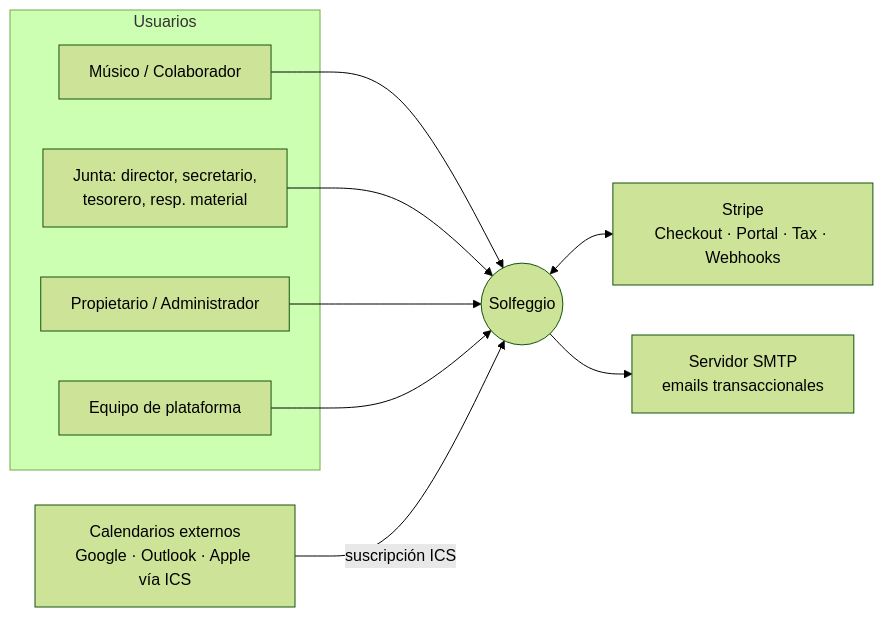
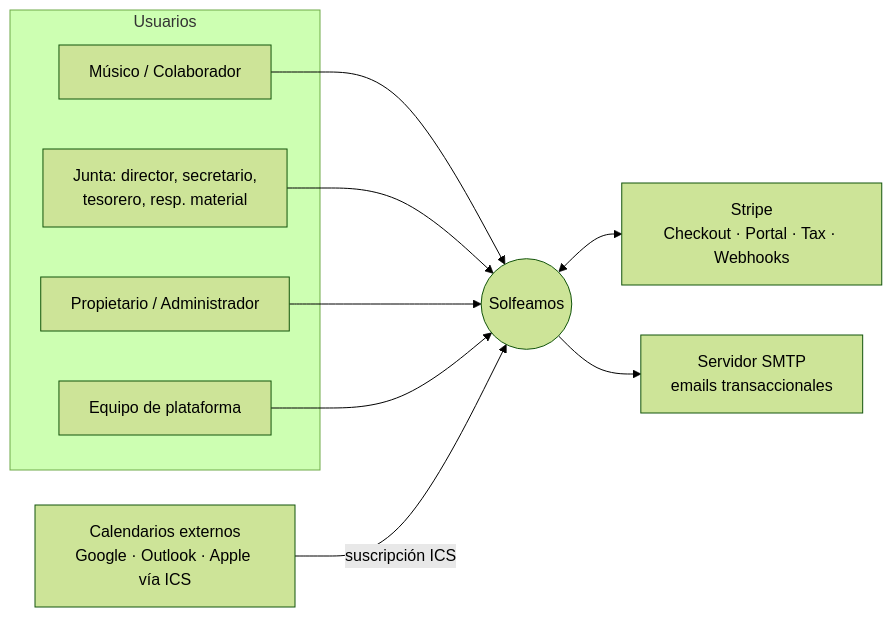
Before and after one commit to jl-sysmanager/solfeggio: the first of 4 diagrams in docs/architecture.md, drawn with Mermaid (forest theme). The commit also changed other lines of this file and 35 other files, not shown here.

Commit message:
Renombra la plataforma visible de Solfeggio a Solfeamos.

````diff
--- a/docs/architecture.md
+++ b/docs/architecture.md
@@ -7,20 +7,20 @@
 ```mermaid
 flowchart LR
   subgraph Usuarios
     M[Músico / Colaborador]
     J[Junta: director, secretario,<br/>tesorero, resp. material]
     O[Propietario / Administrador]
     P[Equipo de plataforma]
   end
-  S((Solfeggio))
+  S((Solfeamos))
   ST[Stripe<br/>Checkout · Portal · Tax · Webhooks]
   MAIL[Servidor SMTP<br/>emails transaccionales]
   CAL[Calendarios externos<br/>Google · Outlook · Apple vía ICS]
   M --> S
   J --> S
   O --> S
   P --> S
   S <--> ST
   S --> MAIL
   CAL -->|suscripción ICS| S
 ```
````
